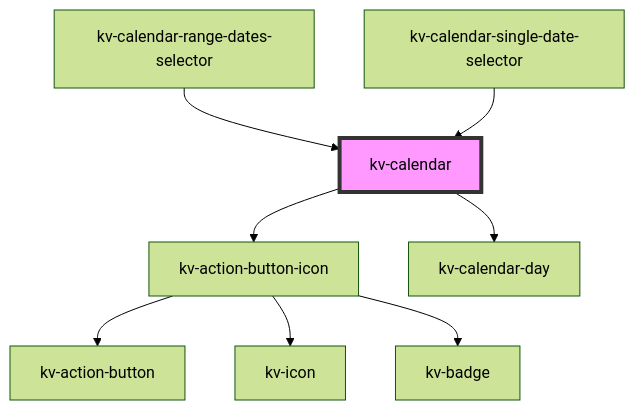
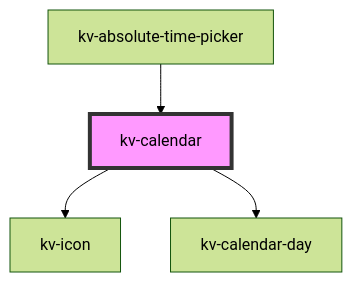
Before and after one commit to kelvininc/ui-components: the diagram in packages/ui-components/src/components/calendar/readme.md, drawn with Mermaid (forest theme). The commit also changed other lines of this file and 134 other files, not shown here.

Commit message:
refactor(calendar)!: remove old calendar components and rename time picker components

````diff
--- a/packages/ui-components/src/components/calendar/readme.md
+++ b/packages/ui-components/src/components/calendar/readme.md
@@ -92,11 +90,7 @@
 ```mermaid
 graph TD;
-  kv-calendar --> kv-action-button-icon
+  kv-calendar --> kv-icon
   kv-calendar --> kv-calendar-day
-  kv-action-button-icon --> kv-action-button
-  kv-action-button-icon --> kv-icon
-  kv-action-button-icon --> kv-badge
-  kv-calendar-range-dates-selector --> kv-calendar
-  kv-calendar-single-date-selector --> kv-calendar
+  kv-absolute-time-picker --> kv-calendar
   style kv-calendar fill:#f9f,stroke:#333,stroke-width:4px
 ```
````
